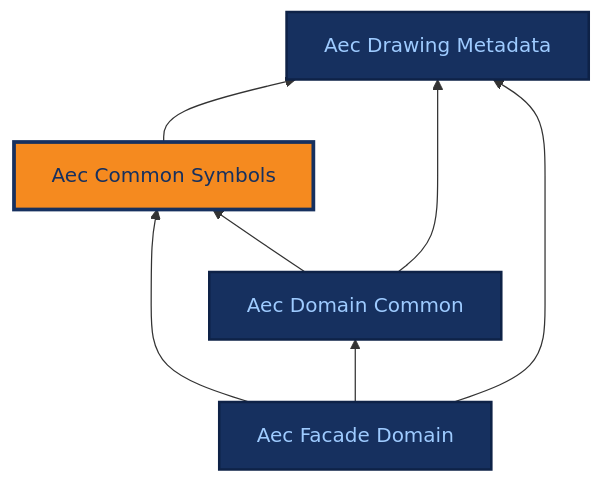
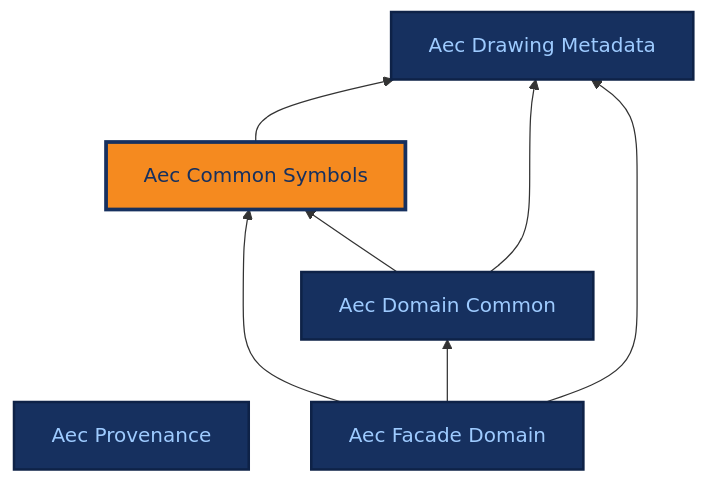
The diagram in docs/ontologies/aec_common_symbols.md (BuroHappoldMachineLearning/ADIRO), drawn with Mermaid before and after one commit. The commit also changed 14 other files, not shown here.

````diff
--- a/docs/ontologies/aec_common_symbols.md
+++ b/docs/ontologies/aec_common_symbols.md
@@ -17,22 +17,24 @@
 ```mermaid
 %%{init: {"themeCSS": ".base .nodeLabel,.base .nodeLabel p,.base text,.base tspan{fill:#9ecbff !important;color:#9ecbff !important}.current .nodeLabel,.current .nodeLabel p,.current text,.current tspan{fill:#16305f !important;color:#16305f !important}"} }%%
 graph BT
+    aec_provenance["Aec Provenance"]
     aec_drawing_metadata["Aec Drawing Metadata"]
     aec_common_symbols["Aec Common Symbols"]
     aec_domain_common["Aec Domain Common"]
     aec_facade_domain["Aec Facade Domain"]
     aec_common_symbols --> aec_drawing_metadata
     aec_domain_common --> aec_common_symbols
     aec_domain_common --> aec_drawing_metadata
     aec_facade_domain --> aec_common_symbols
     aec_facade_domain --> aec_domain_common
     aec_facade_domain --> aec_drawing_metadata
+    click aec_provenance "../aec_provenance/" "Aec Provenance reference page"
     click aec_drawing_metadata "../aec_drawing_metadata/" "Aec Drawing Metadata reference page"
     click aec_common_symbols "../aec_common_symbols/" "Aec Common Symbols reference page"
     click aec_domain_common "../aec_domain_common/" "Aec Domain Common reference page"
     click aec_facade_domain "../aec_facade_domain/" "Aec Facade Domain reference page"
     classDef base fill:#16305f,stroke:#0e2247,stroke-width:2px,color:#9ecbff;
-    class aec_drawing_metadata,aec_domain_common,aec_facade_domain base;
+    class aec_provenance,aec_drawing_metadata,aec_domain_common,aec_facade_domain base;
     classDef current fill:#f58a1f,stroke:#16305f,stroke-width:3px,color:#16305f;
     class aec_common_symbols current;
 ```
````
